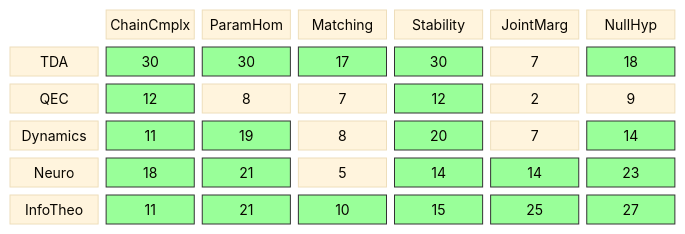
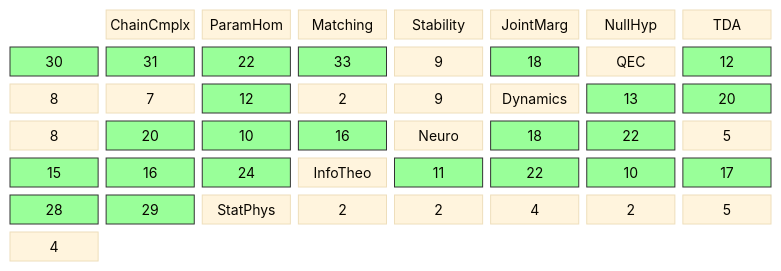
The diagram in diagrams/coverage-matrix.md (musicofhel/topoyolo), drawn with Mermaid before and after one commit. The commit also changed other lines of this file and 6 other files, not shown here.

````diff
--- a/diagrams/coverage-matrix.md
+++ b/diagrams/coverage-matrix.md
@@ -21,35 +22,37 @@
 ```mermaid
 %%{init: {'theme': 'base', 'themeVariables': {'fontSize': '14px'}}}%%
 block-beta
-  columns 7
+  columns 8
 
   space:1 CC["ChainCmplx"] PH["ParamHom"] MA["Matching"] ST["Stability"] JM["JointMarg"] NH["NullHyp"]
 
-  TDA["TDA"] TDA_CC["30"] TDA_PH["30"] TDA_MA["17"] TDA_ST["30"] TDA_JM["7"] TDA_NH["18"]
+  TDA["TDA"] TDA_CC["30"] TDA_PH["31"] TDA_MA["22"] TDA_ST["33"] TDA_JM["9"] TDA_NH["18"]
   QEC["QEC"] QEC_CC["12"] QEC_PH["8"] QEC_MA["7"] QEC_ST["12"] QEC_JM["2"] QEC_NH["9"]
-  DYN["Dynamics"] DYN_CC["11"] DYN_PH["19"] DYN_MA["8"] DYN_ST["20"] DYN_JM["7"] DYN_NH["14"]
-  NEU["Neuro"] NEU_CC["18"] NEU_PH["21"] NEU_MA["5"] NEU_ST["14"] NEU_JM["14"] NEU_NH["23"]
-  IT["InfoTheo"] IT_CC["11"] IT_PH["21"] IT_MA["10"] IT_ST["15"] IT_JM["25"] IT_NH["27"]
+  DYN["Dynamics"] DYN_CC["13"] DYN_PH["20"] DYN_MA["8"] DYN_ST["20"] DYN_JM["10"] DYN_NH["16"]
+  NEU["Neuro"] NEU_CC["18"] NEU_PH["22"] NEU_MA["5"] NEU_ST["15"] NEU_JM["16"] NEU_NH["24"]
+  IT["InfoTheo"] IT_CC["11"] IT_PH["22"] IT_MA["10"] IT_ST["17"] IT_JM["28"] IT_NH["29"]
+  SP["StatPhys"] SP_CC["2"] SP_PH["2"] SP_MA["4"] SP_ST["2"] SP_JM["5"] SP_NH["4"]
   style TDA_CC fill:#9f9,stroke:#333
   style TDA_PH fill:#9f9,stroke:#333
   style TDA_MA fill:#9f9,stroke:#333
   style TDA_ST fill:#9f9,stroke:#333
   style TDA_NH fill:#9f9,stroke:#333
   style QEC_CC fill:#9f9,stroke:#333
   style QEC_ST fill:#9f9,stroke:#333
   style DYN_CC fill:#9f9,stroke:#333
   style DYN_PH fill:#9f9,stroke:#333
   style DYN_ST fill:#9f9,stroke:#333
+  style DYN_JM fill:#9f9,stroke:#333
   style DYN_NH fill:#9f9,stroke:#333
   style NEU_CC fill:#9f9,stroke:#333
   style NEU_PH fill:#9f9,stroke:#333
   style NEU_ST fill:#9f9,stroke:#333
   style NEU_JM fill:#9f9,stroke:#333
   style NEU_NH fill:#9f9,stroke:#333
   style IT_CC fill:#9f9,stroke:#333
   style IT_PH fill:#9f9,stroke:#333
   style IT_MA fill:#9f9,stroke:#333
   style IT_ST fill:#9f9,stroke:#333
   style IT_JM fill:#9f9,stroke:#333
   style IT_NH fill:#9f9,stroke:#333
 ```
````
